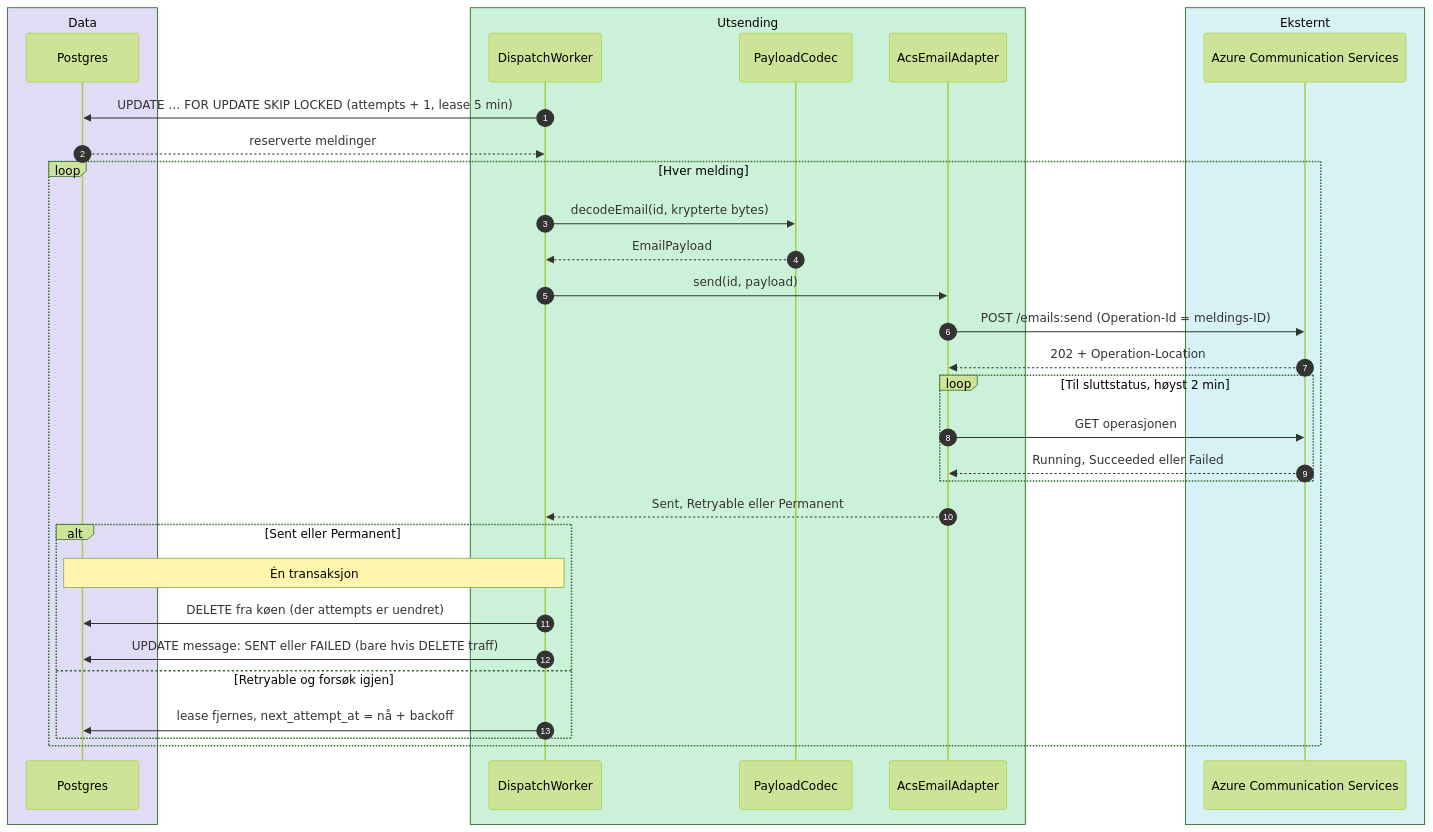
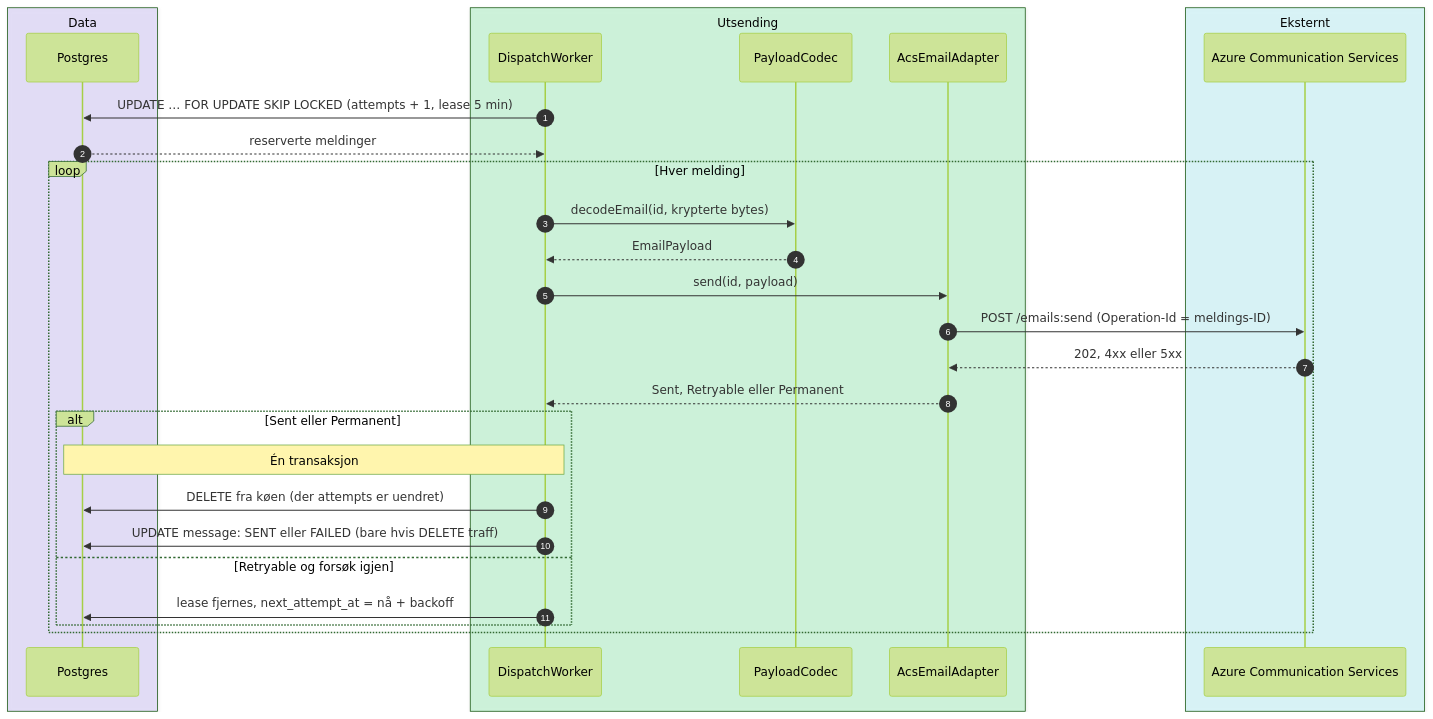
The tenth of 17 diagrams in docs/architecture.md (FINTLabs/fint-communication-service), drawn with Mermaid (forest theme) before and after one commit. The commit also changed other lines of this file and 13 other files, not shown here.

First line of the commit message:
feat: tilpasser utsending via ACS til kvoten

````diff
--- a/docs/architecture.md
+++ b/docs/architecture.md
@@ -725,37 +725,33 @@
 ```mermaid
 sequenceDiagram
     autonumber
     box rgba(196,181,253,0.35) Data
         participant DB as Postgres
     end
     box rgba(134,239,172,0.35) Utsending
         participant W as DispatchWorker
         participant PC as PayloadCodec
         participant A as AcsEmailAdapter
     end
     box rgba(165,243,252,0.35) Eksternt
         participant ACS as Azure Communication Services
     end
 
     W->>DB: UPDATE … FOR UPDATE SKIP LOCKED (attempts + 1, lease 5 min)
     DB-->>W: reserverte meldinger
     loop Hver melding
         W->>PC: decodeEmail(id, krypterte bytes)
         PC-->>W: EmailPayload
         W->>A: send(id, payload)
         A->>ACS: POST /emails:send (Operation-Id = meldings-ID)
-        ACS-->>A: 202 + Operation-Location
-        loop Til sluttstatus, høyst 2 min
-            A->>ACS: GET operasjonen
-            ACS-->>A: Running, Succeeded eller Failed
-        end
+        ACS-->>A: 202, 4xx eller 5xx
         A-->>W: Sent, Retryable eller Permanent
         alt Sent eller Permanent
             Note over W,DB: Én transaksjon
             W->>DB: DELETE fra køen (der attempts er uendret)
             W->>DB: UPDATE message: SENT eller FAILED (bare hvis DELETE traff)
         else Retryable og forsøk igjen
             W->>DB: lease fjernes, next_attempt_at = nå + backoff
         end
     end
 ```
````
